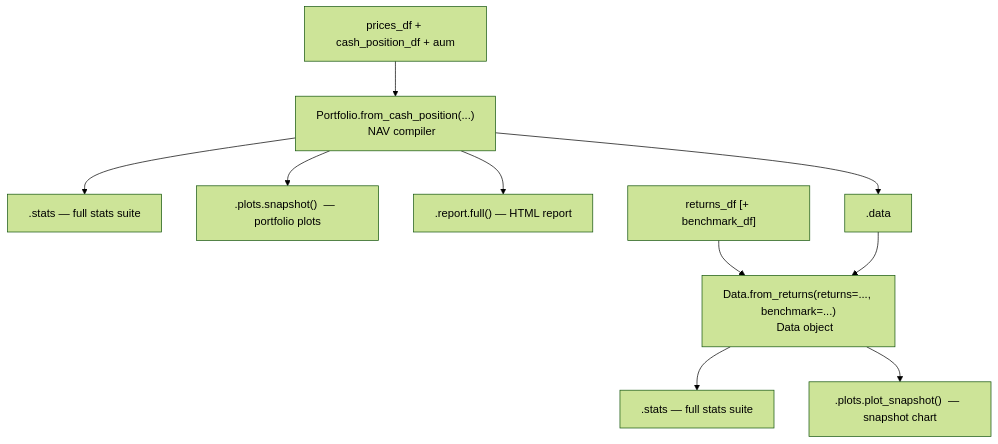
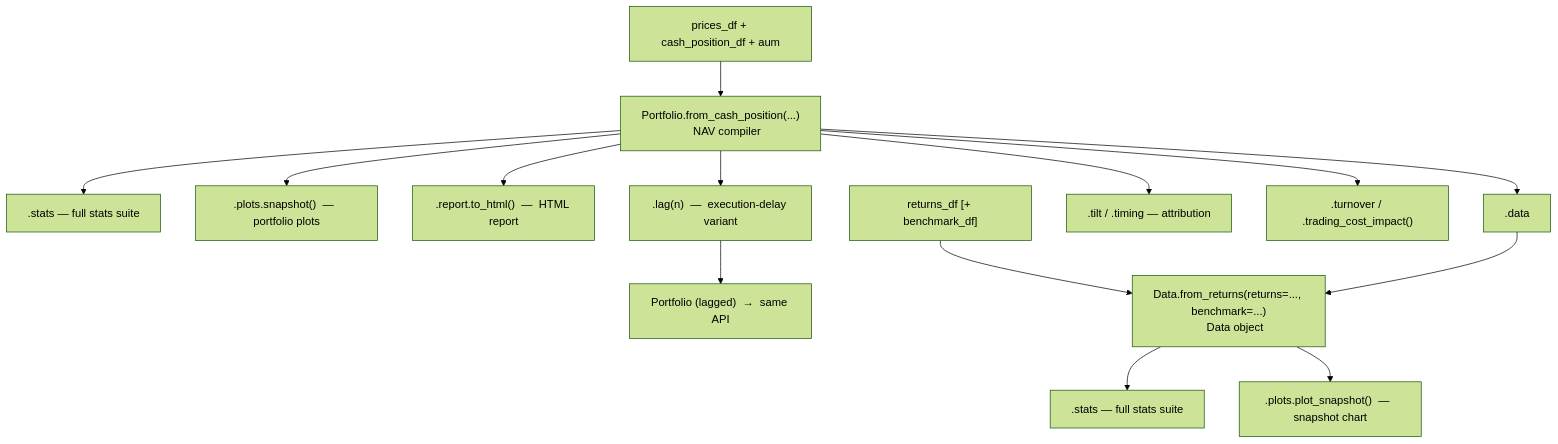
Before and after one commit to tschm/jquantstats: the diagram in README.md, drawn with Mermaid (forest theme). The commit also changed other lines of this file, not shown here.

First line of the commit message:
docs: rewrite README to foreground the Portfolio route and execution-delay analysis

````diff
--- a/README.md
+++ b/README.md
@@ -235,16 +297,21 @@
 ```mermaid
 flowchart TD
     A["prices_df + cash_position_df + aum"] --> B["Portfolio.from_cash_position(...)
     NAV compiler"]
     B --> C[".stats  —  full stats suite"]
     B --> D[".plots.snapshot()  —  portfolio plots"]
-    B --> E[".report.full()  —  HTML report"]
+    B --> E[".report.to_html()  —  HTML report"]
     B --> F[".data"]
+    B --> G[".lag(n)  —  execution-delay variant"]
+    B --> H[".tilt / .timing  —  attribution"]
+    B --> I[".turnover / .trading_cost_impact()"]
 
-    G["returns_df [+ benchmark_df]"] --> H["Data.from_returns(returns=..., benchmark=...)
+    G --> B2["Portfolio (lagged)  →  same API"]
+
+    J["returns_df [+ benchmark_df]"] --> K["Data.from_returns(returns=..., benchmark=...)
     Data object"]
-    H --> I[".stats  —  full stats suite"]
-    H --> J[".plots.plot_snapshot()  —  snapshot chart"]
+    K --> L[".stats  —  full stats suite"]
+    K --> M[".plots.plot_snapshot()  —  snapshot chart"]
 
-    F --> H
+    F --> K
 ```
````
